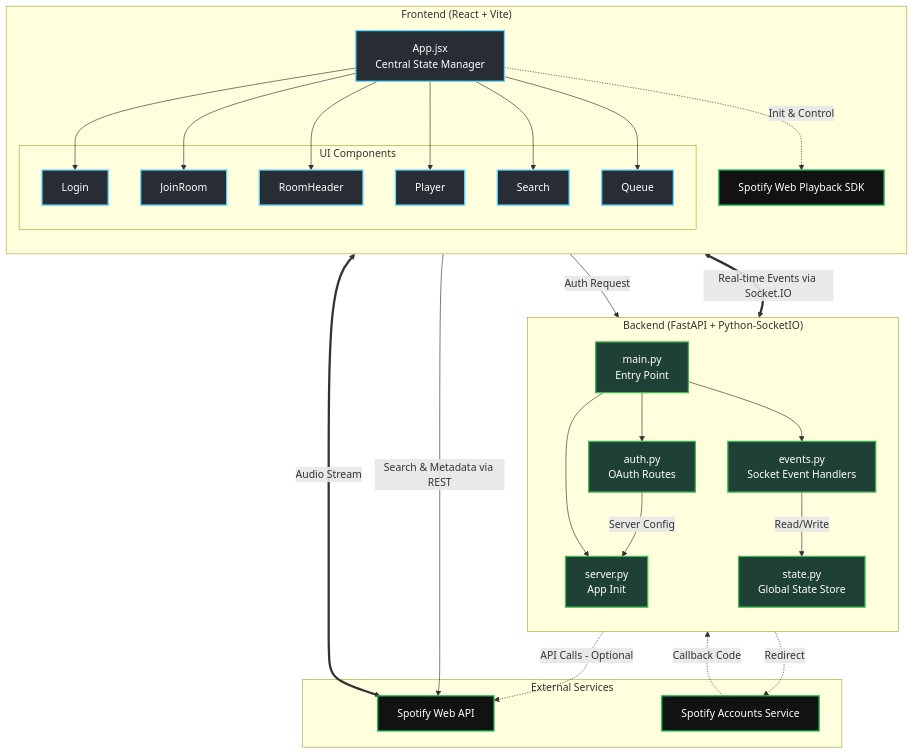
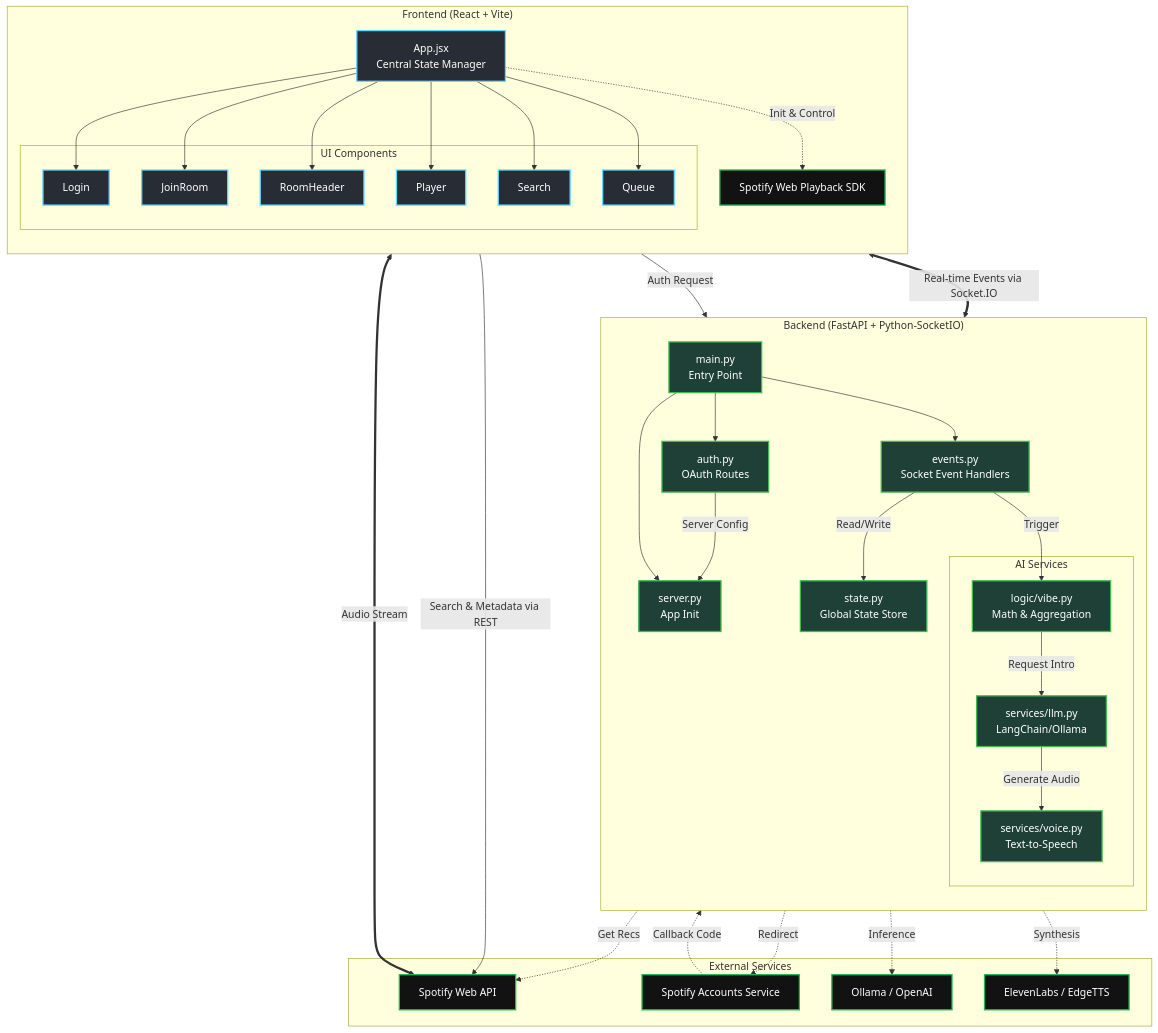
The diagram in docs/architecture.md (anirban-1009/VibeSync), drawn with Mermaid before and after one commit. The commit also changed other lines of this file and 4 other files, not shown here.

````diff
--- a/docs/architecture.md
+++ b/docs/architecture.md
@@ -15,62 +15,76 @@
 ```mermaid
 graph TD
     %% Styling
     classDef frontend fill:#282c34,stroke:#61dafb,stroke-width:2px,color:white;
     classDef backend fill:#1f4037,stroke:#3fb950,stroke-width:2px,color:white;
     classDef external fill:#121212,stroke:#1db954,stroke-width:2px,color:white;
-    
+
     subgraph Client_Side ["Frontend (React + Vite)"]
         direction TB
         App[App.jsx <br/>Central State Manager]:::frontend
-        
+
         subgraph UI_Components ["UI Components"]
             Login:::frontend
             JoinRoom:::frontend
             RoomHeader:::frontend
             Player:::frontend
             Search:::frontend
             Queue:::frontend
         end
-        
+
         SpotifySDK[Spotify Web Playback SDK]:::external
-        
+
         App --> Login
         App --> JoinRoom
         App --> RoomHeader
         App --> Player
         App --> Search
         App --> Queue
         App -.->|Init & Control| SpotifySDK
     end
 
     subgraph Server_Side ["Backend (FastAPI + Python-SocketIO)"]
         direction TB
         Main[main.py <br/>Entry Point]:::backend
         ServerConf[server.py <br/>App Init]:::backend
         Auth[auth.py <br/>OAuth Routes]:::backend
         Events[events.py <br/>Socket Event Handlers]:::backend
         State[state.py <br/>Global State Store]:::backend
-        
+
+        subgraph AI_Layer ["AI Services"]
+            Logic[logic/vibe.py <br/>Math & Aggregation]:::backend
+            LLM[services/llm.py <br/>LangChain/Ollama]:::backend
+            TTS[services/voice.py <br/>Text-to-Speech]:::backend
+        end
+
         Main --> ServerConf
         Main --> Auth
         Main --> Events
         Events -->|Read/Write| State
+        Events -->|Trigger| Logic
+        Logic -->|Request Intro| LLM
+        LLM -->|Generate Audio| TTS
         Auth -->|Server Config| ServerConf
     end
 
     subgraph External_Services ["External Services"]
         SpotifyAPI[Spotify Web API]:::external
         SpotifyAccounts[Spotify Accounts Service]:::external
+        LLM_Provider[Ollama / OpenAI]:::external
+        TTS_Provider[ElevenLabs / EdgeTTS]:::external
     end
 
     %% Data Flow Connections
     App <==>|Real-time Events via Socket.IO| Events
     App -->|Auth Request| Auth
-    
+
     Auth -.->|Redirect| SpotifyAccounts
     SpotifyAccounts -.->|Callback Code| Auth
-    
+
     App -->|Search & Metadata via REST| SpotifyAPI
     SpotifySDK <==>|Audio Stream| SpotifyAPI
-    Events -.->|API Calls - Optional| SpotifyAPI
+    Events -.->|Get Recs| SpotifyAPI
+
+    LLM -.->|Inference| LLM_Provider
+    TTS -.->|Synthesis| TTS_Provider
 ```
````
